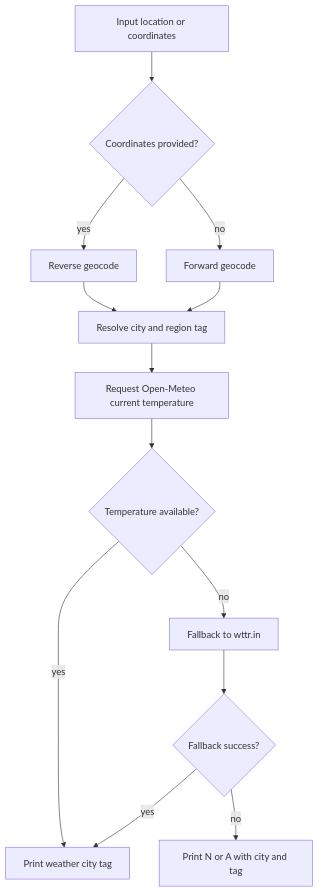
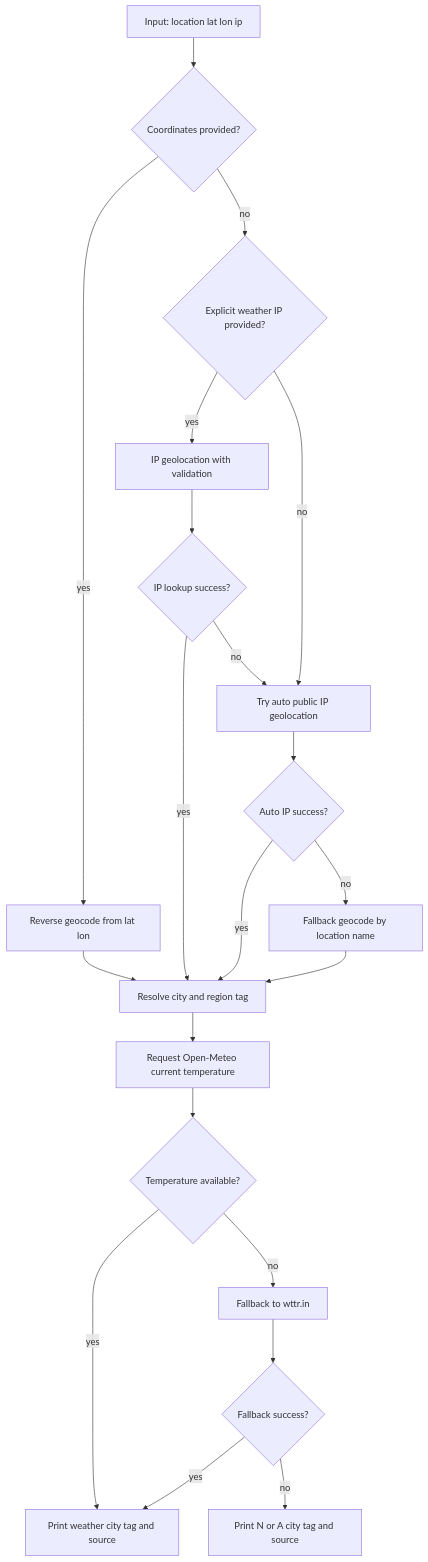
The diagram in docs/codeflows/scripts_lib_weather_meta.md (angelcamach0/embedded-lcd-lab), drawn with Mermaid before and after one commit. The commit also changed 7 other files, not shown here.

Commit message:
Refresh Mermaid codeflow diagrams and add compile script flow

````diff
--- a/docs/codeflows/scripts_lib_weather_meta.md
+++ b/docs/codeflows/scripts_lib_weather_meta.md
@@ -11,15 +11,23 @@
 ```mermaid
 flowchart TD
-  A[Input location or coordinates] --> B{Coordinates provided?}
-  B -->|yes| C[Reverse geocode]
-  B -->|no| D[Forward geocode]
+  A[Input: location lat lon ip] --> B{Coordinates provided?}
+  B -->|yes| C[Reverse geocode from lat lon]
   C --> E[Resolve city and region tag]
-  D --> E
-  E --> F[Request Open-Meteo current temperature]
-  F --> G{Temperature available?}
-  G -->|yes| H[Print weather city tag]
-  G -->|no| I[Fallback to wttr.in]
-  I --> J{Fallback success?}
-  J -->|yes| H
-  J -->|no| K[Print N or A with city and tag]
+  B -->|no| D{Explicit weather IP provided?}
+  D -->|yes| F[IP geolocation with validation]
+  F --> G{IP lookup success?}
+  G -->|yes| E
+  G -->|no| H[Try auto public IP geolocation]
+  D -->|no| H
+  H --> I{Auto IP success?}
+  I -->|yes| E
+  I -->|no| J[Fallback geocode by location name]
+  J --> E
+  E --> K[Request Open-Meteo current temperature]
+  K --> L{Temperature available?}
+  L -->|yes| M[Print weather city tag and source]
+  L -->|no| N[Fallback to wttr.in]
+  N --> O{Fallback success?}
+  O -->|yes| M
+  O -->|no| P[Print N or A city tag and source]
 ```
````
